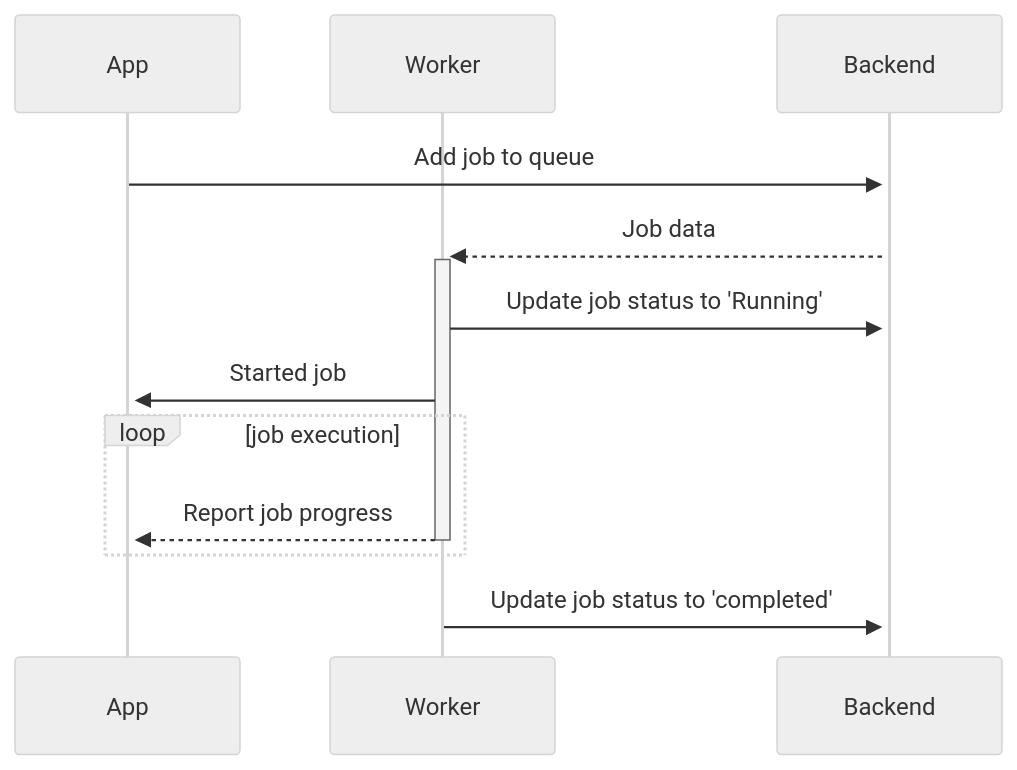
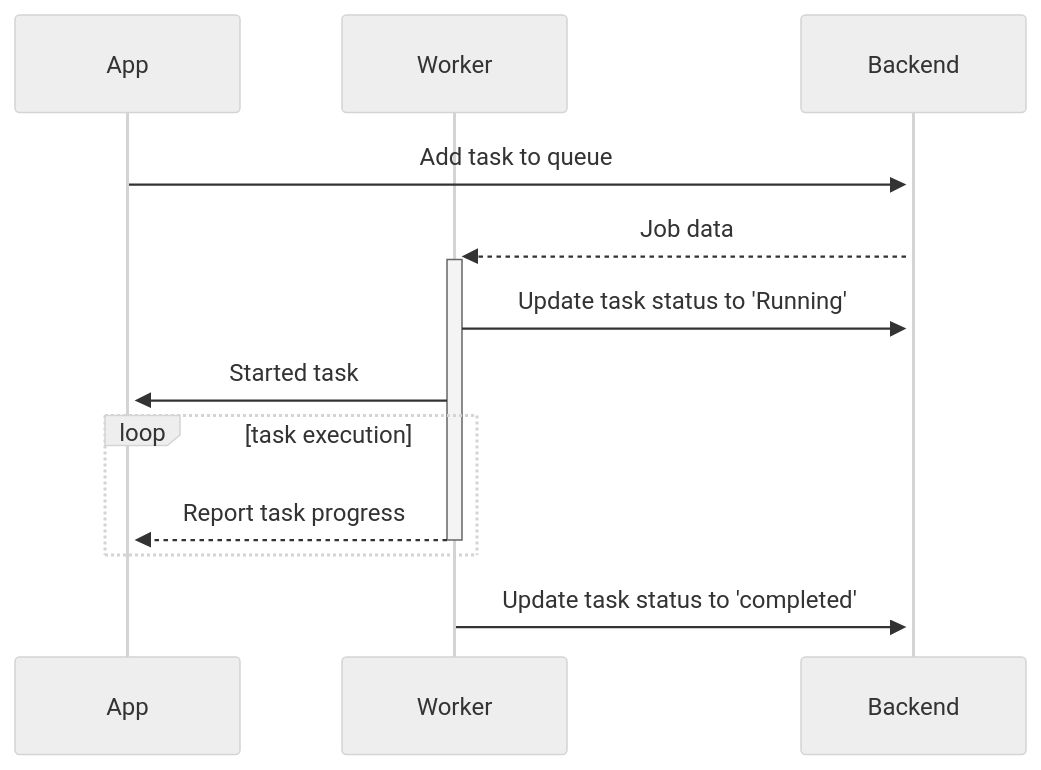
One commit to geofmureithi/apalis changed the diagram in README.md. Above: the diagram before and after it, drawn with Mermaid (neutral theme). The commit also changed other lines of this file and 38 other files, not shown here.

````diff
--- a/README.md
+++ b/README.md
@@ -182,15 +142,15 @@
 ```mermaid
 sequenceDiagram
     participant App
     participant Worker
     participant Backend
 
-    App->>+Backend: Add job to queue
+    App->>+Backend: Add task to queue
     Backend-->>+Worker: Job data
-    Worker->>+Backend: Update job status to 'Running'
-    Worker->>+App: Started job
-    loop job execution
-        Worker-->>-App: Report job progress
+    Worker->>+Backend: Update task status to 'Running'
+    Worker->>+App: Started task
+    loop task execution
+        Worker-->>-App: Report task progress
     end
-    Worker->>+Backend: Update job status to 'completed'
+    Worker->>+Backend: Update task status to 'completed'
 ```
````
